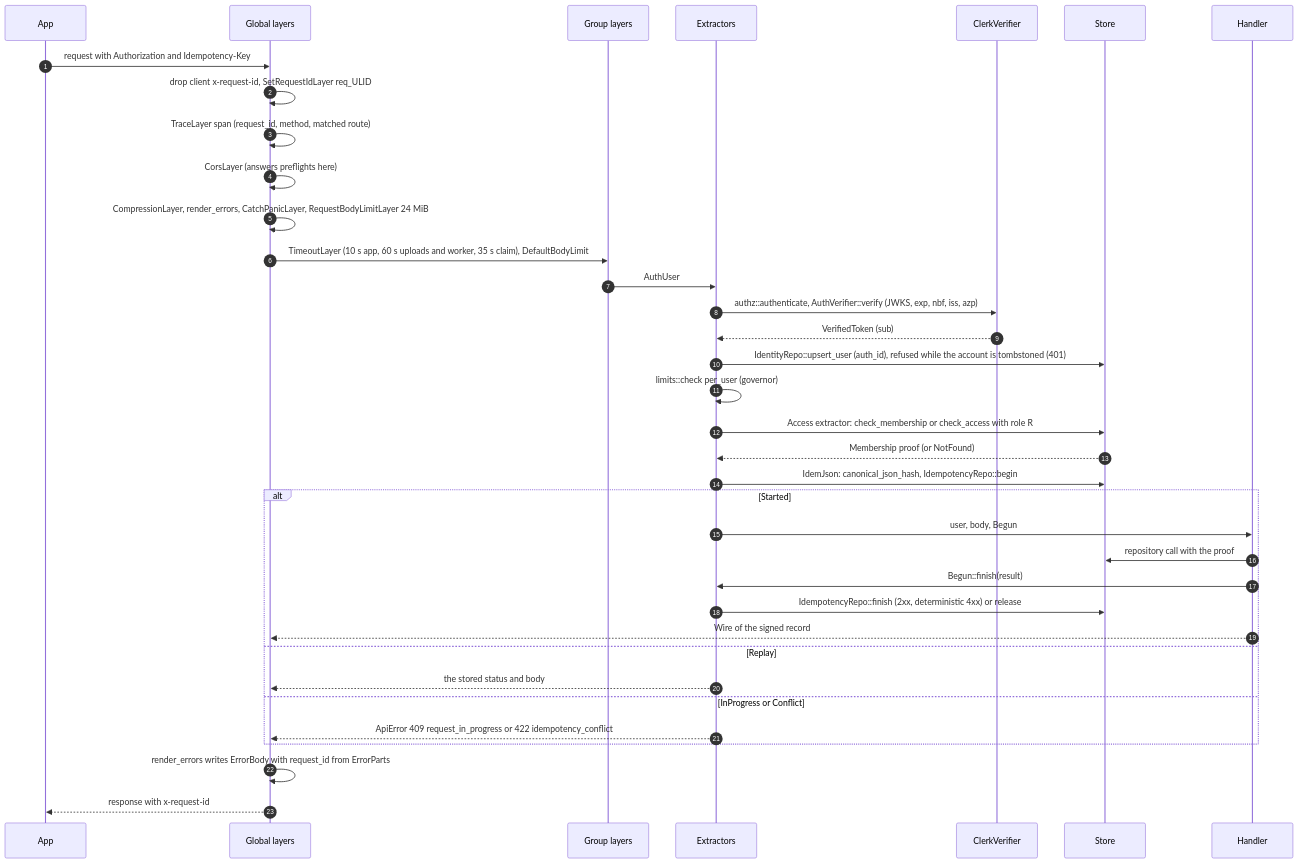
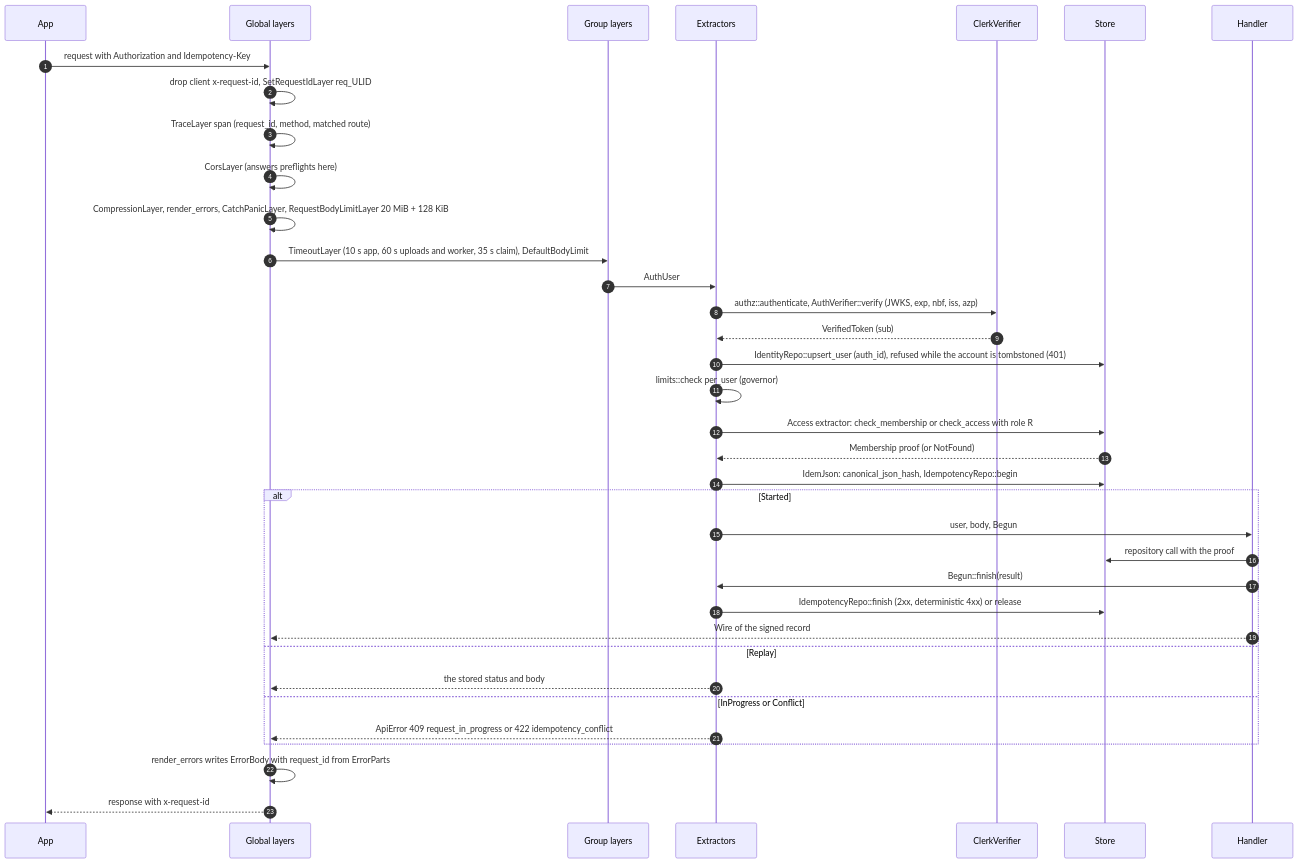
The first of 32 diagrams in docs/backend/flows.md (aacruzgon/GreenLens), drawn with Mermaid before and after one commit. The commit also changed other lines of this file and 5 other files, not shown here.

````diff
--- a/docs/backend/flows.md
+++ b/docs/backend/flows.md
@@ -65,38 +65,38 @@
 ```mermaid
 sequenceDiagram
     autonumber
     participant App
     participant Layers as Global layers
     participant Group as Group layers
     participant Ext as Extractors
     participant Ints as ClerkVerifier
     participant Store
     participant Handler
     App->>Layers: request with Authorization and Idempotency-Key
     Layers->>Layers: drop client x-request-id, SetRequestIdLayer req_ULID
     Layers->>Layers: TraceLayer span (request_id, method, matched route)
     Layers->>Layers: CorsLayer (answers preflights here)
-    Layers->>Layers: CompressionLayer, render_errors, CatchPanicLayer, RequestBodyLimitLayer 24 MiB
+    Layers->>Layers: CompressionLayer, render_errors, CatchPanicLayer, RequestBodyLimitLayer 20 MiB + 128 KiB
     Layers->>Group: TimeoutLayer (10 s app, 60 s uploads and worker, 35 s claim), DefaultBodyLimit
     Group->>Ext: AuthUser
     Ext->>Ints: authz::authenticate, AuthVerifier::verify (JWKS, exp, nbf, iss, azp)
     Ints-->>Ext: VerifiedToken (sub)
     Ext->>Store: IdentityRepo::upsert_user (auth_id), refused while the account is tombstoned (401)
     Ext->>Ext: limits::check per_user (governor)
     Ext->>Store: Access extractor: check_membership or check_access with role R
     Store-->>Ext: Membership proof (or NotFound)
     Ext->>Store: IdemJson: canonical_json_hash, IdempotencyRepo::begin
     alt Started
         Ext->>Handler: user, body, Begun
         Handler->>Store: repository call with the proof
         Handler->>Ext: Begun::finish(result)
         Ext->>Store: IdempotencyRepo::finish (2xx, deterministic 4xx) or release
         Handler-->>Layers: Wire of the signed record
     else Replay
         Ext-->>Layers: the stored status and body
     else InProgress or Conflict
         Ext-->>Layers: ApiError 409 request_in_progress or 422 idempotency_conflict
     end
     Layers->>Layers: render_errors writes ErrorBody with request_id from ErrorParts
     Layers-->>App: response with x-request-id
 ```
````
